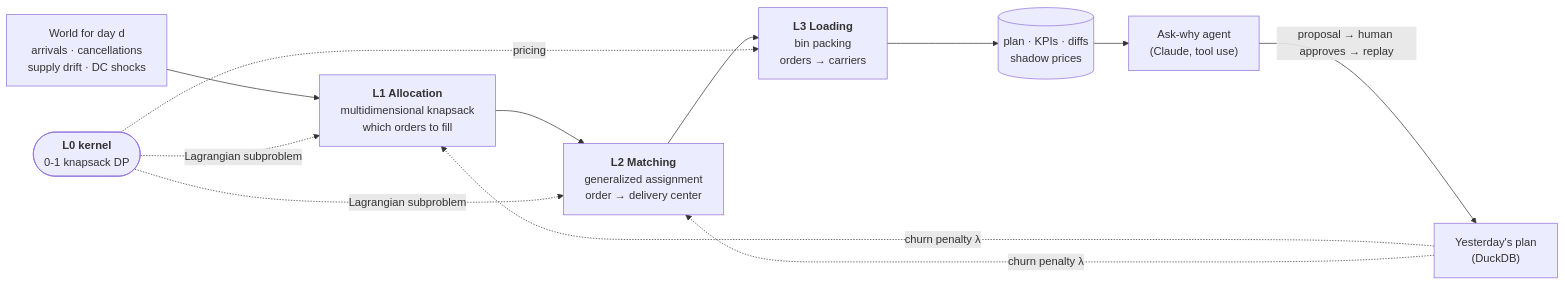
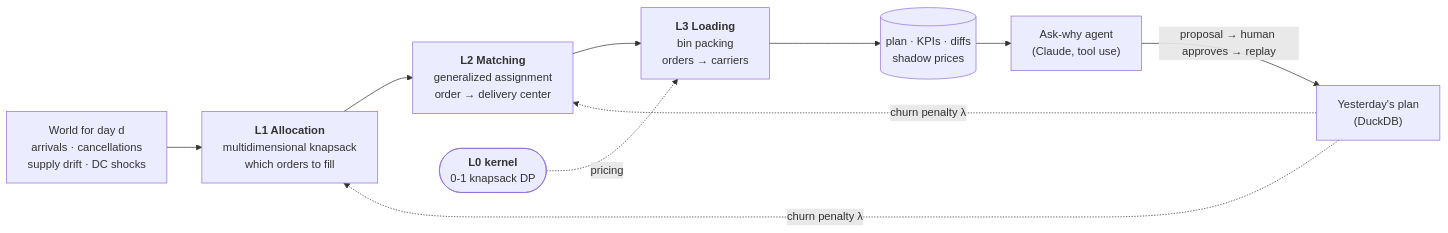
One commit to aaryamanbisht22/vinpack changed the diagram in README.md. Above: the diagram before and after it, drawn with Mermaid. The commit also changed other lines of this file and 23 other files, not shown here.

````diff
--- a/README.md
+++ b/README.md
@@ -7,11 +7,10 @@
 ```mermaid
 flowchart LR
     W["World for day d<br/>arrivals · cancellations<br/>supply drift · DC shocks"] --> L1
     Y["Yesterday's plan<br/>(DuckDB)"] -. churn penalty λ .-> L1 & L2
     L1["<b>L1 Allocation</b><br/>multidimensional knapsack<br/>which orders to fill"] --> L2
     L2["<b>L2 Matching</b><br/>generalized assignment<br/>order → delivery center"] --> L3
     L3["<b>L3 Loading</b><br/>bin packing<br/>orders → carriers"] --> S[("plan · KPIs · diffs<br/>shadow prices")]
     L0(["<b>L0 kernel</b><br/>0-1 knapsack DP"]) -. pricing .-> L3
-    L0 -. Lagrangian subproblem .-> L1 & L2
     S --> X["Ask-why agent<br/>(Claude, tool use)"] -- "proposal → human approves → replay" --> Y
 ```
````
